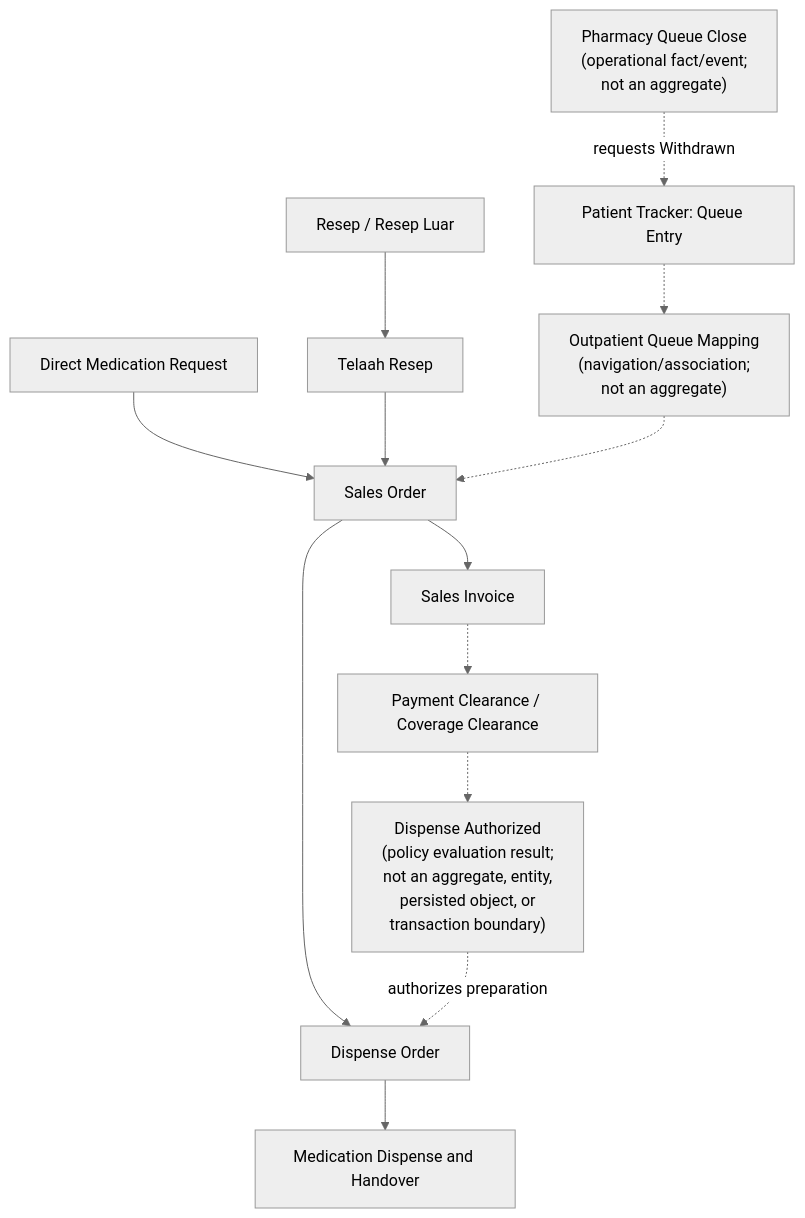
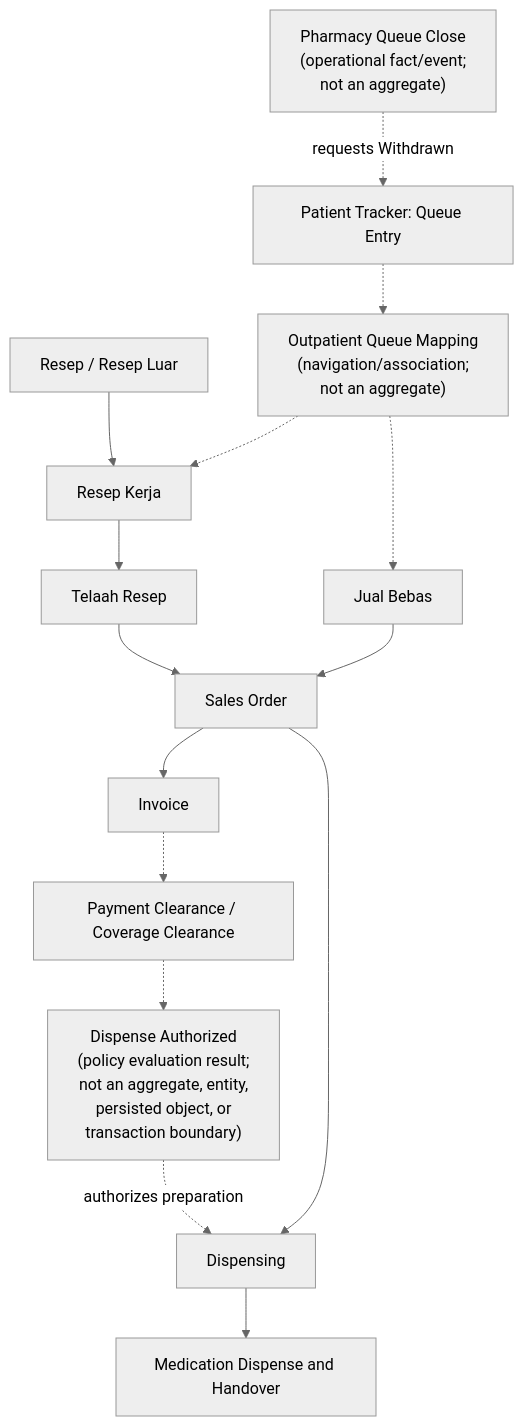
One commit to smart-ics/b09-bilreg-api changed the diagram in docs/contexts/apotek/outpatient-apotek-screen-and-aggregate-design.md. Above: the diagram before and after it, drawn with Mermaid (neutral theme). The commit also changed other lines of this file and 39 other files, not shown here.

````diff
--- a/docs/contexts/apotek/outpatient-apotek-screen-and-aggregate-design.md
+++ b/docs/contexts/apotek/outpatient-apotek-screen-and-aggregate-design.md
@@ -271,15 +271,17 @@
 ```mermaid
 flowchart TD
-  RX["Resep / Resep Luar"] --> TR["Telaah Resep"]
-  DR["Direct Medication Request"] --> SO["Sales Order"]
+  RX["Resep / Resep Luar"] --> RK["Resep Kerja"]
+  RK --> TR["Telaah Resep"]
+  JB["Jual Bebas"] --> SO["Sales Order"]
   TR --> SO
   Q["Patient Tracker: Queue Entry"] -.-> MAP["Outpatient Queue Mapping\n(navigation/association;\nnot an aggregate)"]
-  MAP -.-> SO
-  SO --> INV["Sales Invoice"]
-  SO --> DO["Dispense Order"]
+  MAP -.-> RK
+  MAP -.-> JB
+  SO --> INV["Invoice"]
+  SO --> DO["Dispensing"]
   PAY["Payment Clearance / Coverage Clearance"] -.-> AUTH["Dispense Authorized\n(policy evaluation result;\nnot an aggregate, entity,\npersisted object, or\ntransaction boundary)"]
   INV -.-> PAY
   AUTH -.->|"authorizes preparation"| DO
   DO --> HO["Medication Dispense and Handover"]
   CLOSE["Pharmacy Queue Close\n(operational fact/event;\nnot an aggregate)"] -.->|"requests Withdrawn"| Q
 ```
````
